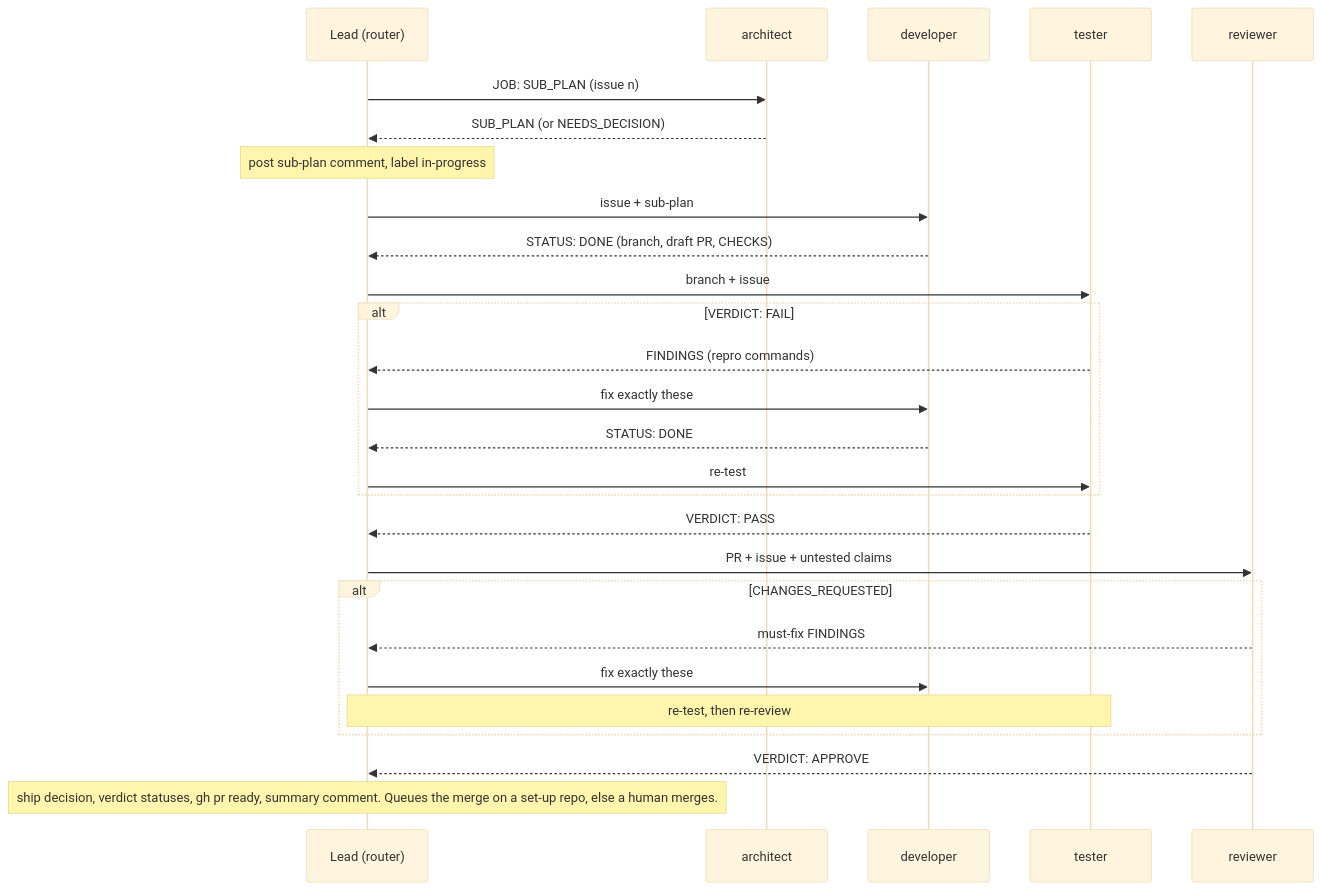
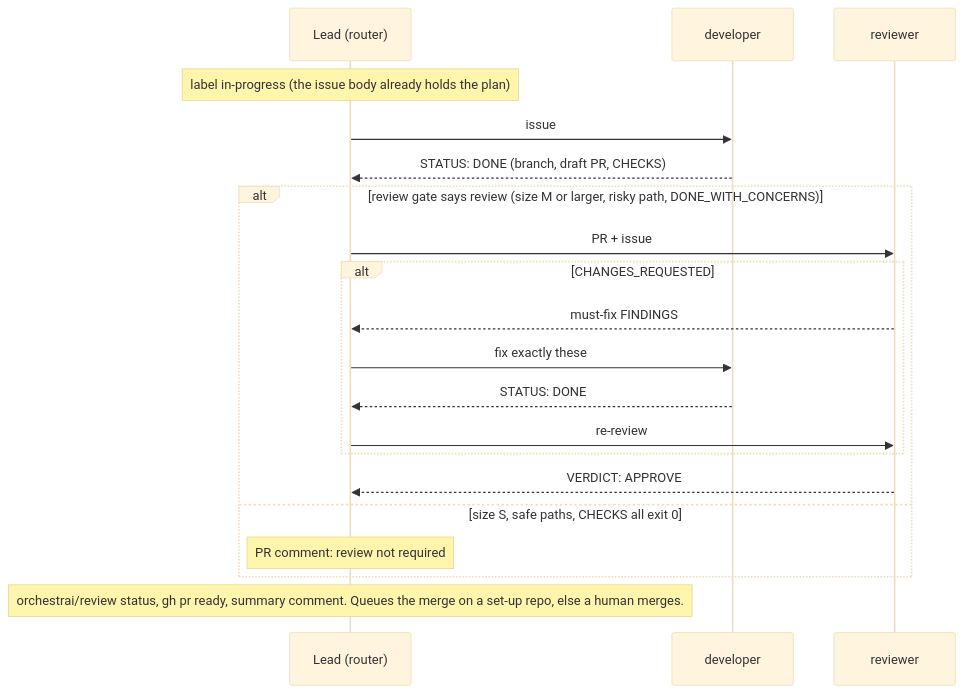
The second of 2 diagrams in docs/team-architecture.md (sv-tmueller/orchestrai), drawn with Mermaid (base theme) before and after one commit. The commit also changed other lines of this file and 22 other files, not shown here.

First line of the commit message:
docs: describe the light flow (#640)

````diff
--- a/docs/team-architecture.md
+++ b/docs/team-architecture.md
@@ -77,29 +77,22 @@
 ```mermaid
 sequenceDiagram
     participant L as Lead (router)
-    participant A as architect
     participant D as developer
-    participant T as tester
     participant R as reviewer
-    L->>A: JOB: SUB_PLAN (issue n)
-    A-->>L: SUB_PLAN (or NEEDS_DECISION)
-    Note over L: post sub-plan comment, label in-progress
-    L->>D: issue + sub-plan
+    Note over L: label in-progress (the issue body already holds the plan)
+    L->>D: issue
     D-->>L: STATUS: DONE (branch, draft PR, CHECKS)
-    L->>T: branch + issue
-    alt VERDICT: FAIL
-        T-->>L: FINDINGS (repro commands)
-        L->>D: fix exactly these
-        D-->>L: STATUS: DONE
-        L->>T: re-test
+    alt review gate says review (size M or larger, risky path, DONE_WITH_CONCERNS)
+        L->>R: PR + issue
+        alt CHANGES_REQUESTED
+            R-->>L: must-fix FINDINGS
+            L->>D: fix exactly these
+            D-->>L: STATUS: DONE
+            L->>R: re-review
+        end
+        R-->>L: VERDICT: APPROVE
+    else size S, safe paths, CHECKS all exit 0
+        Note over L: PR comment: review not required
     end
-    T-->>L: VERDICT: PASS
-    L->>R: PR + issue + untested claims
-    alt CHANGES_REQUESTED
-        R-->>L: must-fix FINDINGS
-        L->>D: fix exactly these
-        Note over L,T: re-test, then re-review
-    end
-    R-->>L: VERDICT: APPROVE
-    Note over L: ship decision, verdict statuses, gh pr ready, summary comment. Queues the merge on a set-up repo, else a human merges.
+    Note over L: orchestrai/review status, gh pr ready, summary comment. Queues the merge on a set-up repo, else a human merges.
 ```
````
